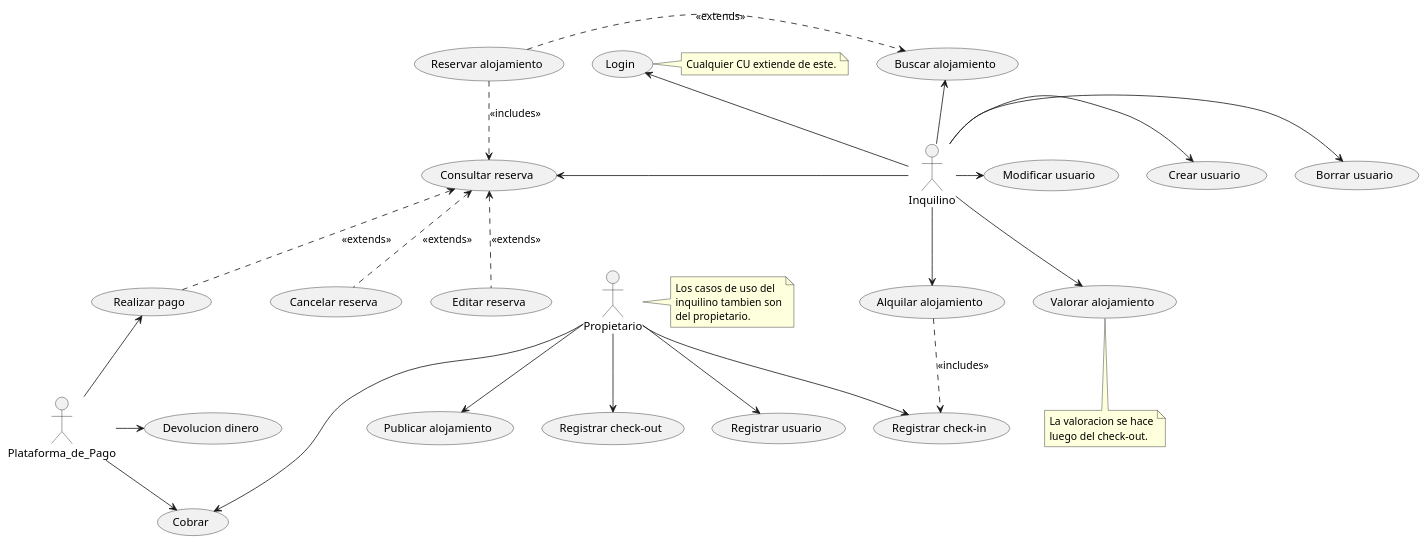
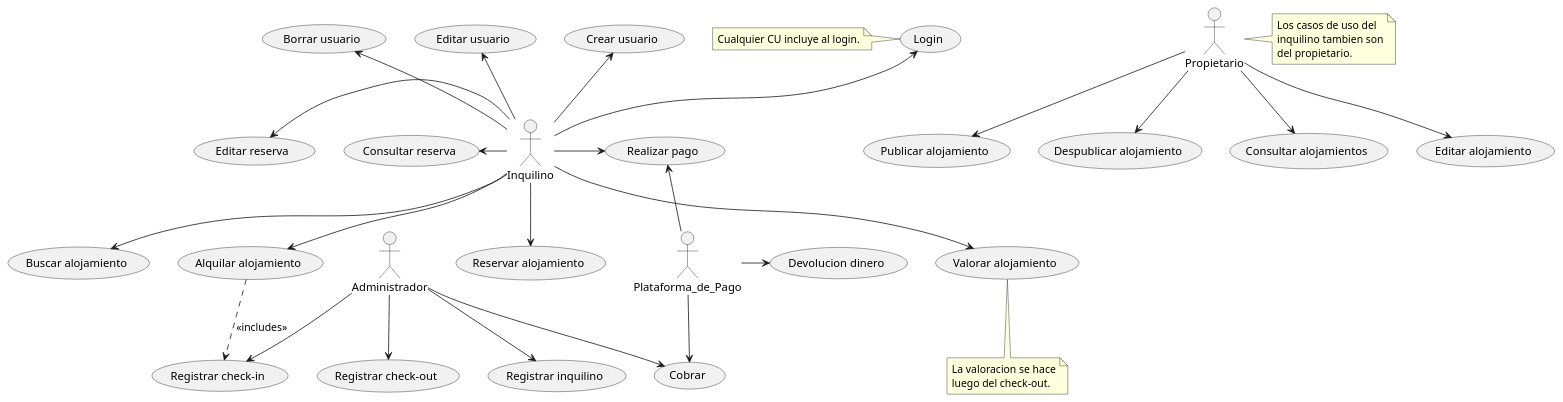
One commit to franciscolmos/IS1-EasyHome changed the diagram in Diagrama_CU/Diagrama_CU.puml. Above: the diagram before and after it, drawn with PlantUML. The commit also changed 4 other files, not shown here.

Commit message:
[REFACTOR] - Diagrama CU - Clase - Secuencia

```diff
--- a/Diagrama_CU/Diagrama_CU.puml
+++ b/Diagrama_CU/Diagrama_CU.puml
@@ -1,60 +1,49 @@
 @startuml Diagrama_CU
 actor Inquilino
-Inquilino -right-> (Crear usuario)
-Inquilino -right-> (Modificar usuario)
-Inquilino -right-> (Borrar usuario)
+Inquilino -up-> (Crear usuario)
+Inquilino -up-> (Editar usuario)
+Inquilino -up-> (Borrar usuario)
+Inquilino -up-> (Login)
 Inquilino -left-> (Consultar reserva)
-Inquilino --> (Valorar alojamiento)
-Inquilino -up-> (Buscar alojamiento)
-Inquilino --> (Alquilar alojamiento)
-Inquilino -up-> (Login)
+Inquilino -left-> (Editar reserva)
+Inquilino -down-> (Valorar alojamiento)
+Inquilino -down-> (Buscar alojamiento)
+Inquilino -down-> (Alquilar alojamiento)
+Inquilino -down-> (Reservar alojamiento)
+Inquilino -right-> (Realizar pago)
 
-(Consultar reserva) <.down. (Cancelar reserva) : <<extends>>
-(Reservar alojamiento) .right.> (Buscar alojamiento) : <<extends>>
 (Alquilar alojamiento) ..> (Registrar check-in) : <<includes>>
-(Consultar reserva) <.. (Realizar pago) : <<extends>>
-(Reservar alojamiento) ..>  (Consultar reserva) : <<includes>>
-(Consultar reserva) <.. (Editar reserva) : <<extends>>
- 
 
 actor Propietario
-Propietario --> (Registrar check-in)
 Propietario --> (Publicar alojamiento)
-Propietario --> (Registrar check-out)
-Propietario --> (Cobrar)
-Propietario --> (Registrar usuario)
+Propietario --> (Despublicar alojamiento)
+Propietario --> (Consultar alojamientos)
+Propietario --> (Editar alojamiento)
+
+actor Administrador
+Administrador --> (Registrar check-in)
+Administrador --> (Registrar check-out)
+Administrador --> (Registrar inquilino)
+Administrador --> (Cobrar)
 
 actor Plataforma_de_Pago
 Plataforma_de_Pago -up-> (Realizar pago)
 Plataforma_de_Pago -right-> (Devolucion dinero)
 Plataforma_de_Pago --> (Cobrar)
 
 note right of (Propietario)
   Los casos de uso del
   inquilino tambien son
   del propietario. 
 end note
 
 note bottom of (Valorar alojamiento)
   La valoracion se hace
   luego del check-out.
 end note
 
-note right of (Login)
-  Cualquier CU extiende de este.
+note left of (Login)
+  Cualquier CU incluye al login.
 end note
 
-
-
-/'
-    CONSULTAS:
-    * ¿Como diagramamos los pagos parciales?
-    * Propietario --> (Pago efectivo)
-    * No se deberia poder realizar un pago
-      sin antes alquilar un alojamiento
-      (¿esto es a nivel D_CU o DC ?)
-    * ¿ Devolucion dinero es CU ?
-    * Devolucion dinero es CU como se relaciona
-      con la Plataforma_de_Pago
-'/
 @enduml
```
